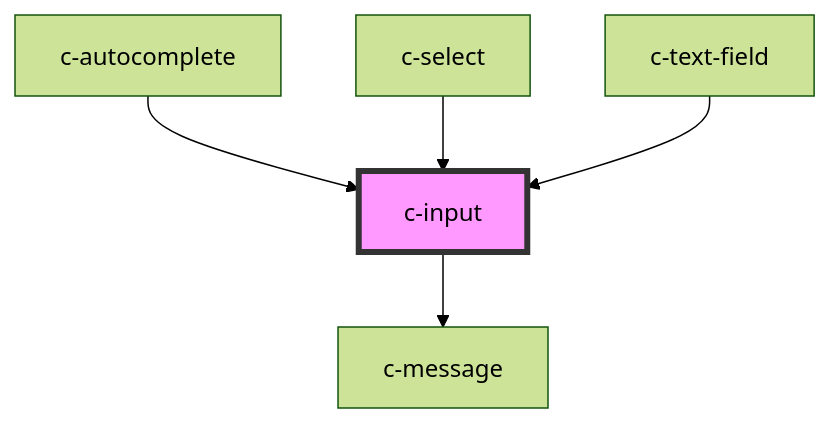
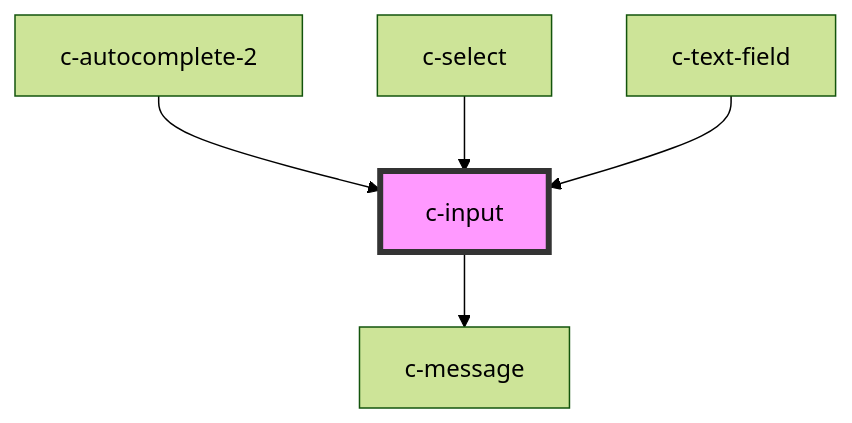
The diagram in packages/csc-ui/src/components/c-input/readme.md (CSCfi/ui), drawn with Mermaid (forest theme) before and after one commit. The commit also changed other lines of this file and 108 other files, not shown here.

````diff
--- a/packages/csc-ui/src/components/c-input/readme.md
+++ b/packages/csc-ui/src/components/c-input/readme.md
@@ -62,8 +62,8 @@
 ```mermaid
 graph TD;
   c-input --> c-message
-  c-autocomplete --> c-input
+  c-autocomplete-2 --> c-input
   c-select --> c-input
   c-text-field --> c-input
   style c-input fill:#f9f,stroke:#333,stroke-width:4px
 ```
````
